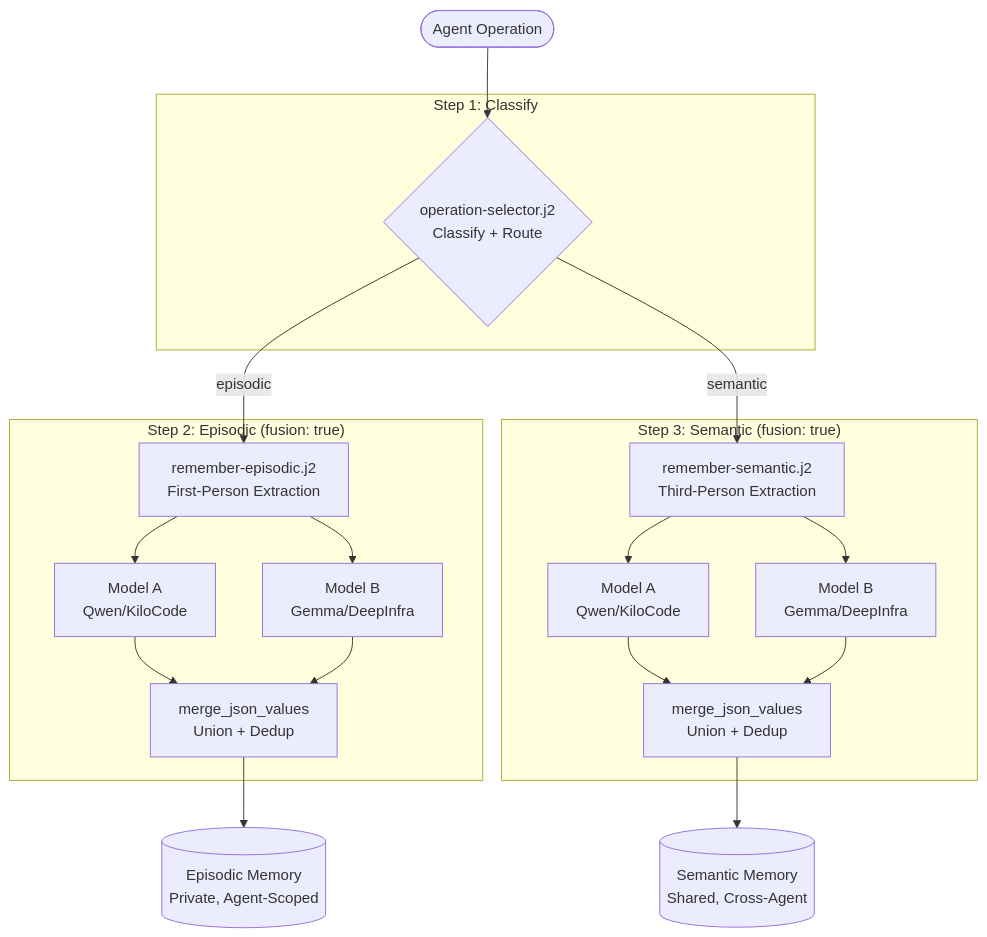
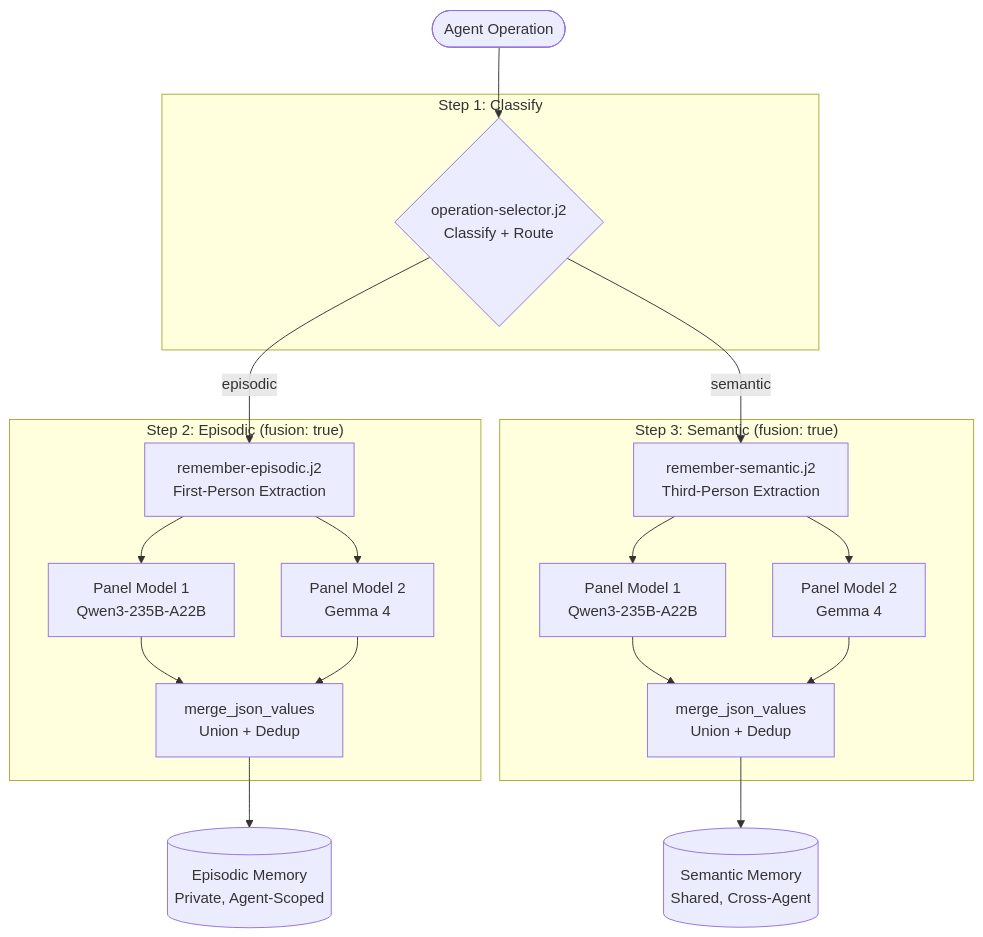
Before and after one commit to mdz-axo/hKask: the seventh of 9 diagrams in docs/explanation/cognition-and-replica.md, drawn with Mermaid. The commit also changed other lines of this file and 25 other files, not shown here.

````diff
--- a/docs/explanation/cognition-and-replica.md
+++ b/docs/explanation/cognition-and-replica.md
@@ -774,49 +774,49 @@
 ```mermaid
 flowchart TD
     OP([Agent Operation])
     OS{operation-selector.j2\nClassify + Route}
     EP["remember-episodic.j2\nFirst-Person Extraction"]
     SE["remember-semantic.j2\nThird-Person Extraction"]
-    MAE["Model A\nQwen/KiloCode"]
-    MBE["Model B\nGemma/DeepInfra"]
-    MAS["Model A\nQwen/KiloCode"]
-    MBS["Model B\nGemma/DeepInfra"]
+    MAE["Panel Model 1\nQwen3-235B-A22B"]
+    MBE["Panel Model 2\nGemma 4"]
+    MAS["Panel Model 1\nQwen3-235B-A22B"]
+    MBS["Panel Model 2\nGemma 4"]
     ME["merge_json_values\nUnion + Dedup"]
     MS["merge_json_values\nUnion + Dedup"]
     EM[("Episodic Memory\nPrivate, Agent-Scoped")]
     SM[("Semantic Memory\nShared, Cross-Agent")]
 
     OP --> OS
     OS -->|episodic| EP
     OS -->|semantic| SE
 
     EP --> MAE
     EP --> MBE
     MAE --> ME
     MBE --> ME
     ME --> EM
 
     SE --> MAS
     SE --> MBS
     MAS --> MS
     MBS --> MS
     MS --> SM
 
     subgraph "Step 1: Classify"
         OS
     end
 
     subgraph "Step 2: Episodic (fusion: true)"
         EP
         MAE
         MBE
         ME
     end
 
     subgraph "Step 3: Semantic (fusion: true)"
         SE
         MAS
         MBS
         MS
     end
 ```
````
